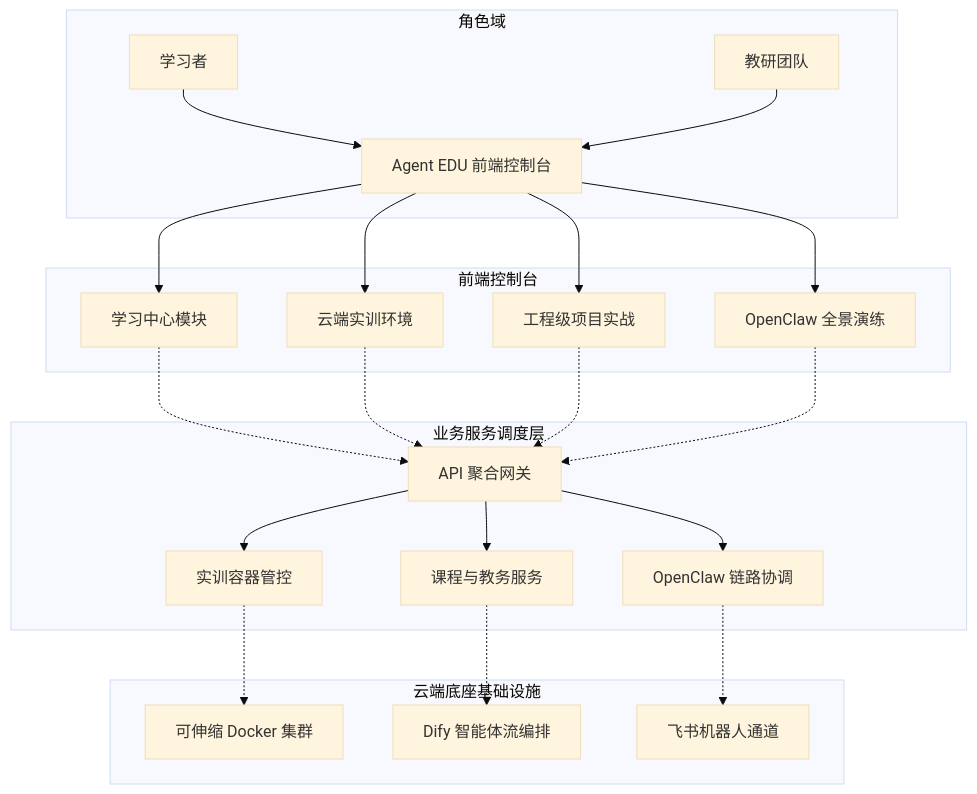
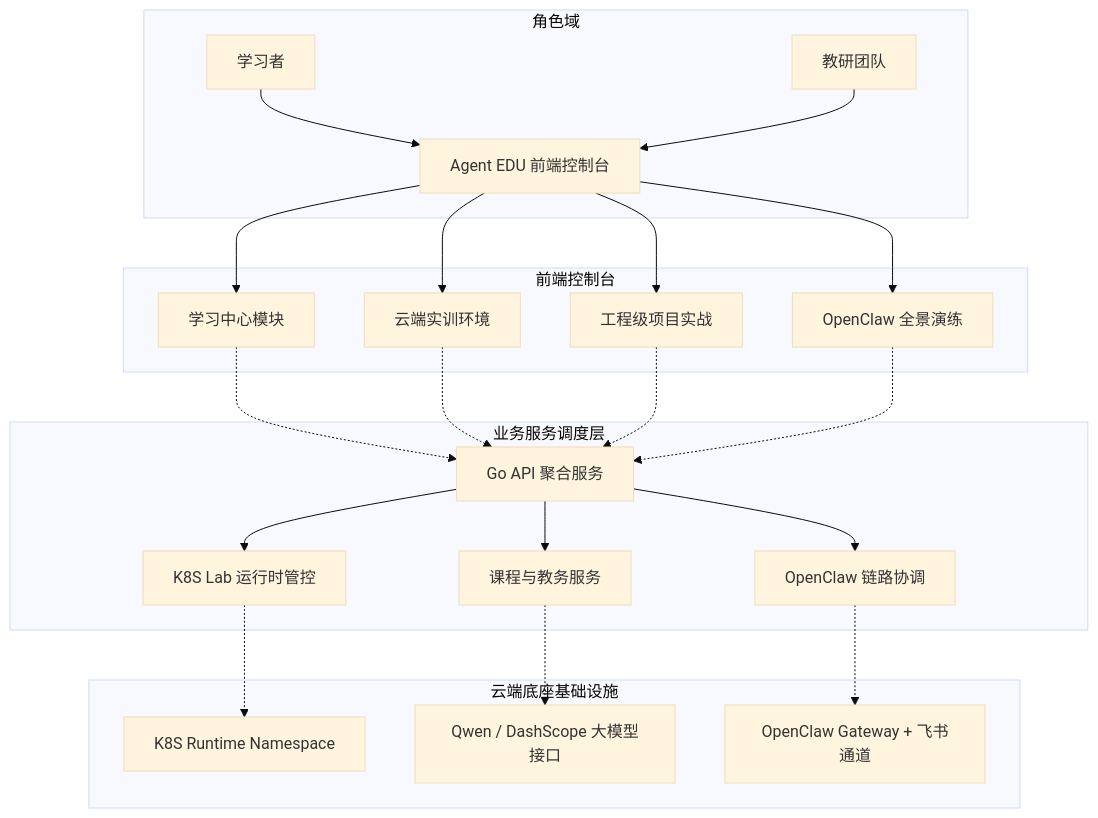
The diagram in EDU_Frontend/src/docs/architecture/产品结构与功能模块.md (sospink/ai-edu-agent), drawn with Mermaid (base theme) before and after one commit. The commit also changed other lines of this file and 147 other files, not shown here.

````diff
--- a/EDU_Frontend/src/docs/architecture/产品结构与功能模块.md
+++ b/EDU_Frontend/src/docs/architecture/产品结构与功能模块.md
@@ -11,31 +11,31 @@
 ```mermaid
 graph TB
     subgraph Role [角色域]
         S["学习者"] --> FE["Agent EDU 前端控制台"]
         T["教研团队"] --> FE
     end
 
     subgraph FEConsole [前端控制台]
         FE --> STUDY["学习中心模块"]
         FE --> LAB["云端实训环境"]
         FE --> PROJ["工程级项目实战"]
         FE --> CLAW["OpenClaw 全景演练"]
     end
 
     subgraph BEService [业务服务调度层]
-        STUDY -.-> API["API 聚合网关"]
+        STUDY -.-> API["Go API 聚合服务"]
         LAB -.-> API
         PROJ -.-> API
         CLAW -.-> API
         
         API --> COURSE_SVC["课程与教务服务"]
-        API --> LAB_SVC["实训容器管控"]
+        API --> LAB_SVC["K8S Lab 运行时管控"]
         API --> OC_SVC["OpenClaw 链路协调"]
     end
 
     subgraph Infra [云端底座基础设施]
-        LAB_SVC -.-> DOCKER["可伸缩 Docker 集群"]
-        COURSE_SVC -.-> DIFY["Dify 智能体流编排"]
-        OC_SVC -.-> FEISHU["飞书机器人通道"]
+        LAB_SVC -.-> K8S["K8S Runtime Namespace"]
+        COURSE_SVC -.-> LLM["Qwen / DashScope 大模型接口"]
+        OC_SVC -.-> GATEWAY["OpenClaw Gateway + 飞书通道"]
     end
 ```
````
